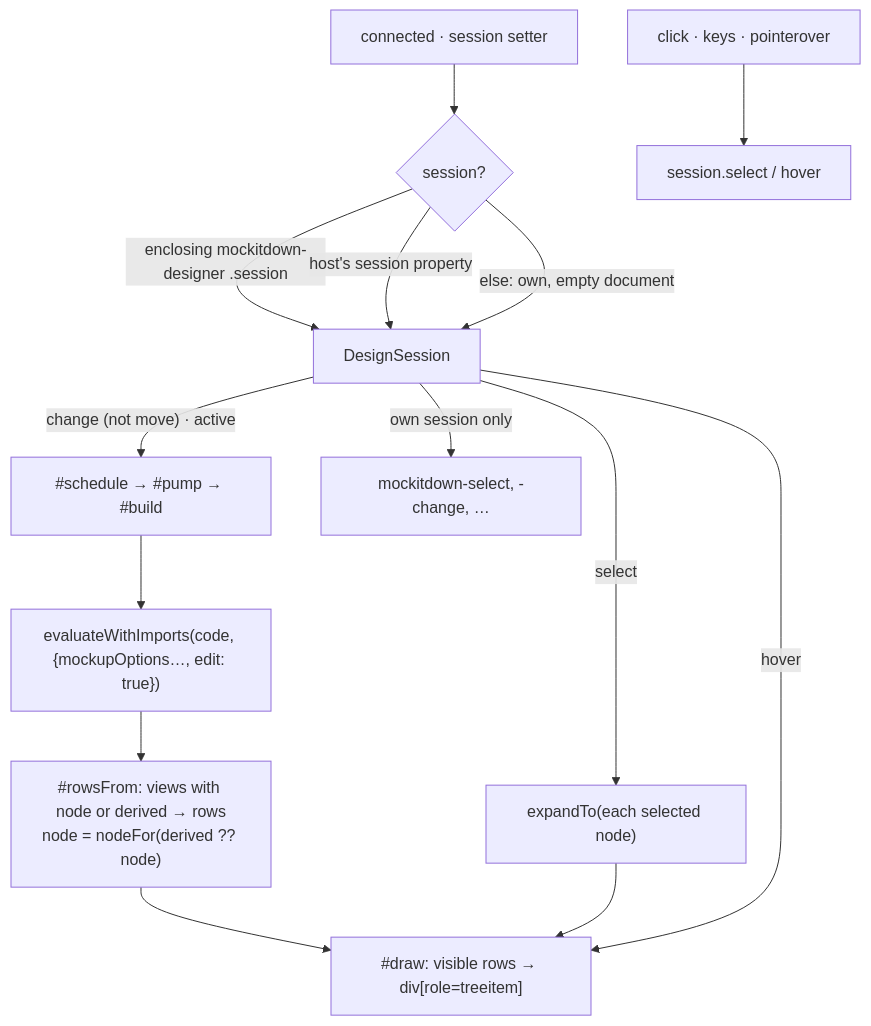
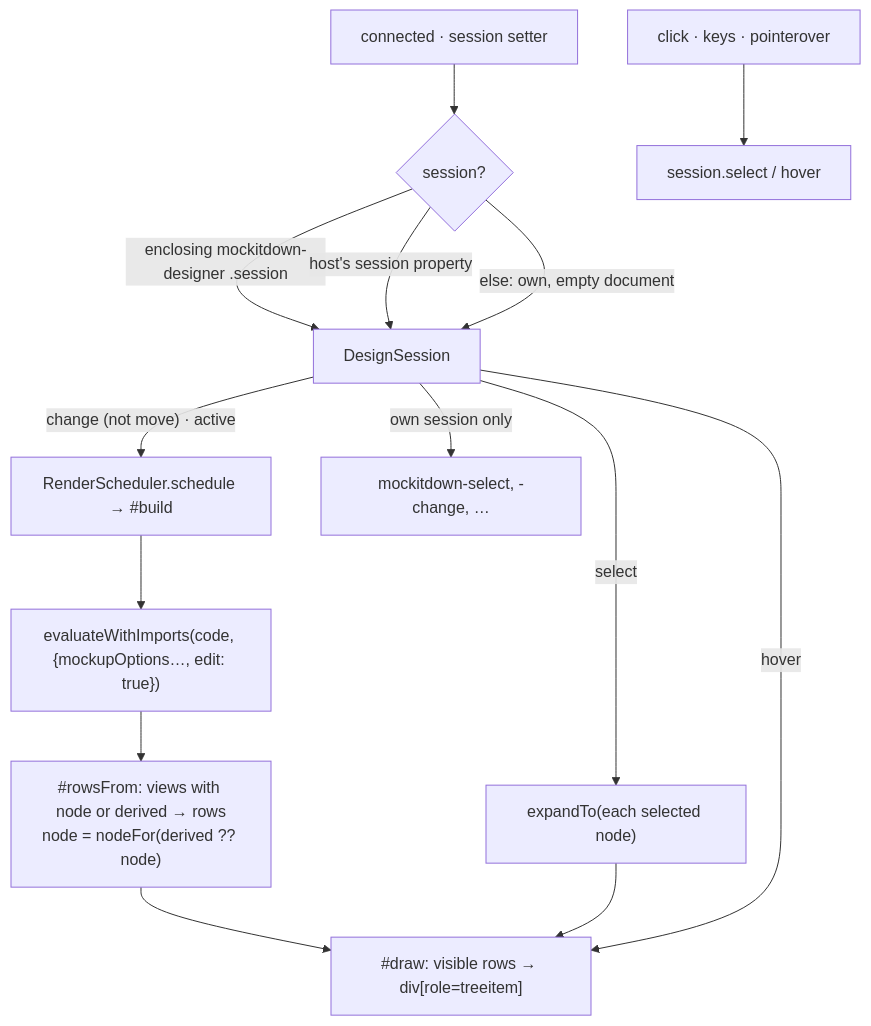
The diagram in docs/implementation/architecture/outline.md (bbogovich/mockitdown), drawn with Mermaid before and after one commit. The commit also changed other lines of this file and 18 other files, not shown here.

````diff
--- a/docs/implementation/architecture/outline.md
+++ b/docs/implementation/architecture/outline.md
@@ -50,15 +50,15 @@
 ```mermaid
 flowchart TD
   att["connected · session setter"] --> J{"session?"}
   J -->|"enclosing mockitdown-designer .session"| S[DesignSession]
   J -->|"host's session property"| S
   J -->|"else: own, empty document"| S
-  S -- "change (not move) · active" --> B["#schedule → #pump → #build"]
+  S -- "change (not move) · active" --> B["RenderScheduler.schedule → #build"]
   B --> EV["evaluateWithImports(code, {mockupOptions…, edit: true})"]
   EV --> R["#rowsFrom: views with node or derived → rows<br/>node = nodeFor(derived ?? node)"]
   R --> D["#draw: visible rows → div[role=treeitem]"]
   K["click · keys · pointerover"] --> SEL["session.select / hover"]
   S -- "select" --> X["expandTo(each selected node)"] --> D
   S -- "hover" --> D
   S -- "own session only" --> E["mockitdown-select, -change, …"]
 ```
````
